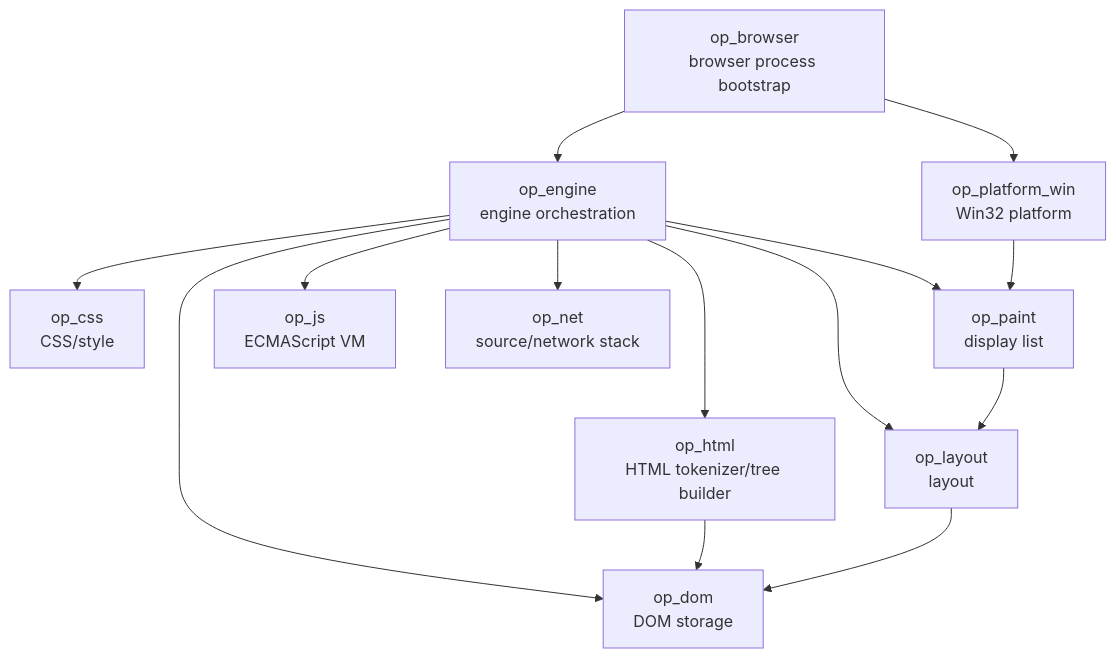
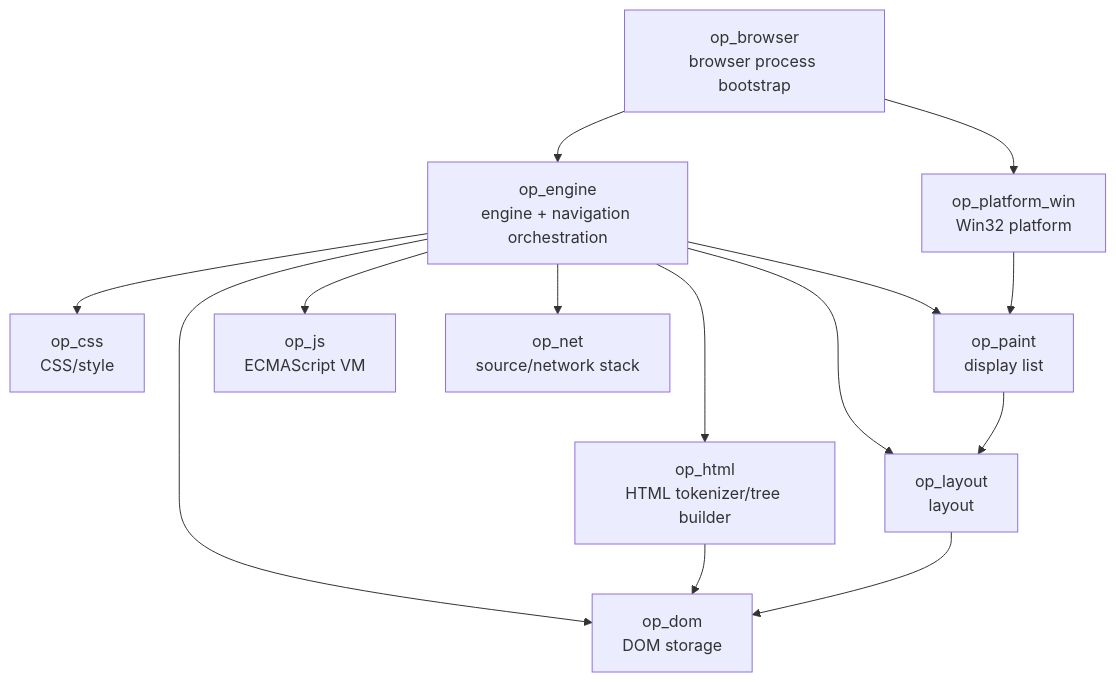
Before and after one commit to Gerbesh/OPBrowser: the first of 2 diagrams in docs/CODE_GRAPH.md, drawn with Mermaid. The commit also changed other lines of this file and 7 other files, not shown here.

````diff
--- a/docs/CODE_GRAPH.md
+++ b/docs/CODE_GRAPH.md
@@ -10,27 +10,27 @@
 ```mermaid
 graph TD
     B[op_browser<br/>browser process bootstrap]
-    E[op_engine<br/>engine orchestration]
+    E[op_engine<br/>engine + navigation orchestration]
     W[op_platform_win<br/>Win32 platform]
     D[op_dom<br/>DOM storage]
     H[op_html<br/>HTML tokenizer/tree builder]
     C[op_css<br/>CSS/style]
     L[op_layout<br/>layout]
     P[op_paint<br/>display list]
     J[op_js<br/>ECMAScript VM]
     N[op_net<br/>source/network stack]
 
     B --> E
     B --> W
     E --> D
     E --> H
     E --> C
     E --> L
     E --> P
     E --> J
     E --> N
     H --> D
     L --> D
     P --> L
     W --> P
 ```
````
